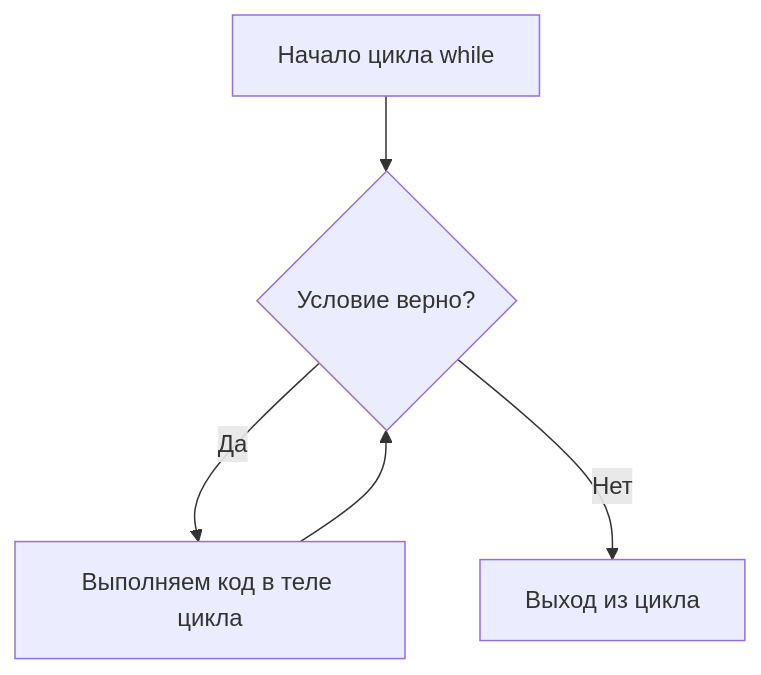
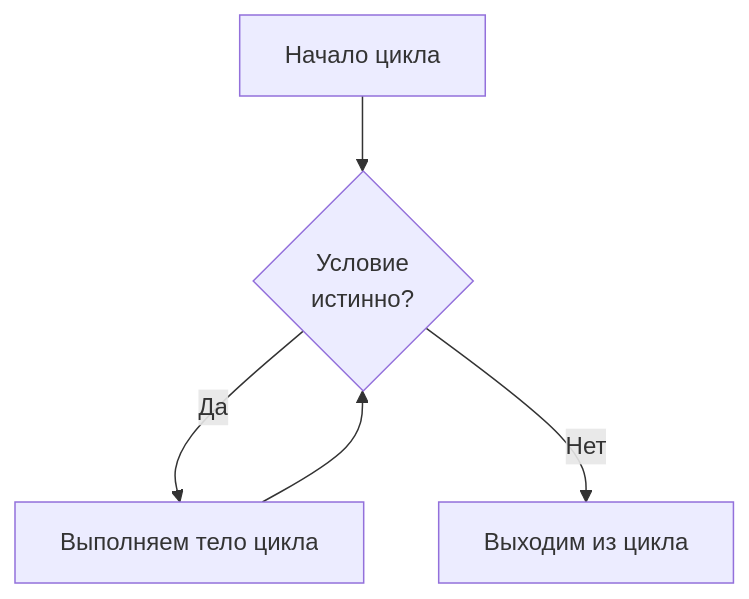
Before and after one commit to RestartLexinus/SchoolMD: the first of 2 diagrams in Python/Теория/003_Python_Циклы.md, drawn with Mermaid. The commit also changed other lines of this file and 14 other files, not shown here.

````diff
--- a/Python/Теория/003_Python_Циклы.md
+++ b/Python/Теория/003_Python_Циклы.md
@@ -48,7 +51,7 @@
 ```mermaid
 flowchart TD
-    A[Начало цикла while] --> B{Условие верно?}
-    B -- Да --> C[Выполняем код в теле цикла]
+    A[Начало цикла] --> B{Условие<br>истинно?}
+    B -- Да --> C[Выполняем тело цикла]
     C --> B
-    B -- Нет --> D[Выход из цикла]
+    B -- Нет --> D[Выходим из цикла]
 ```
````
